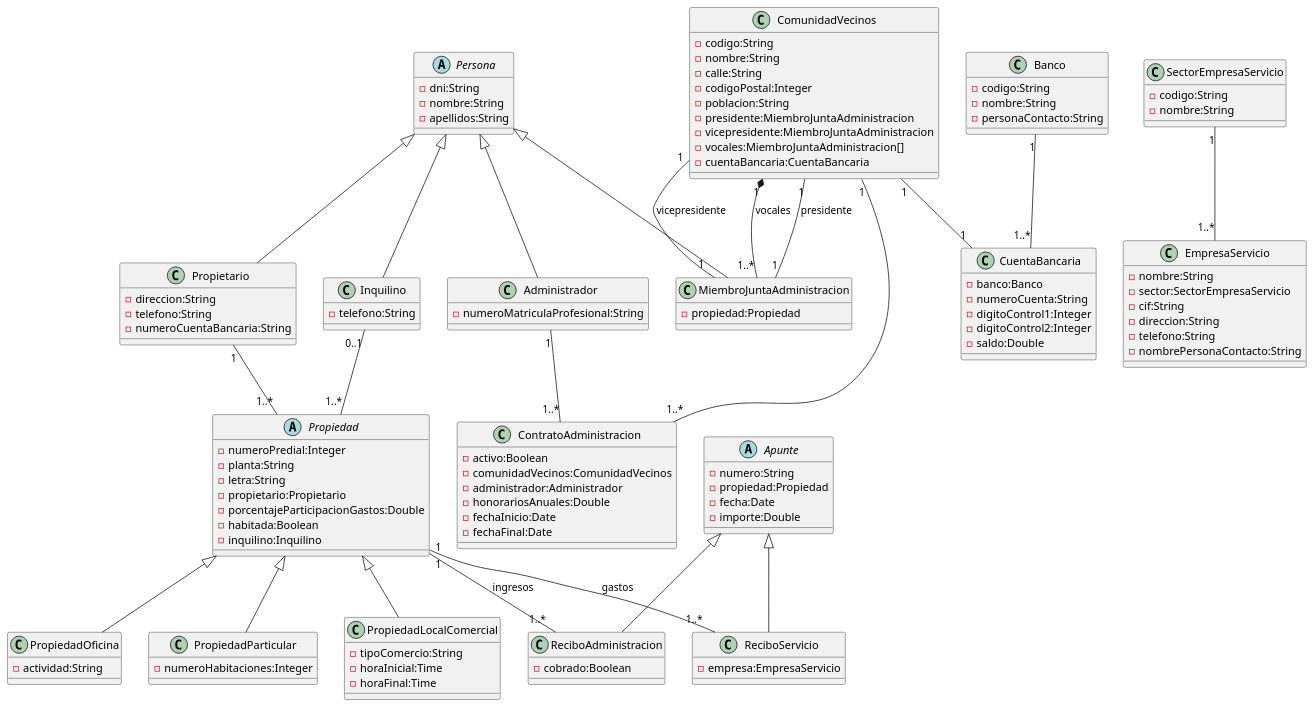
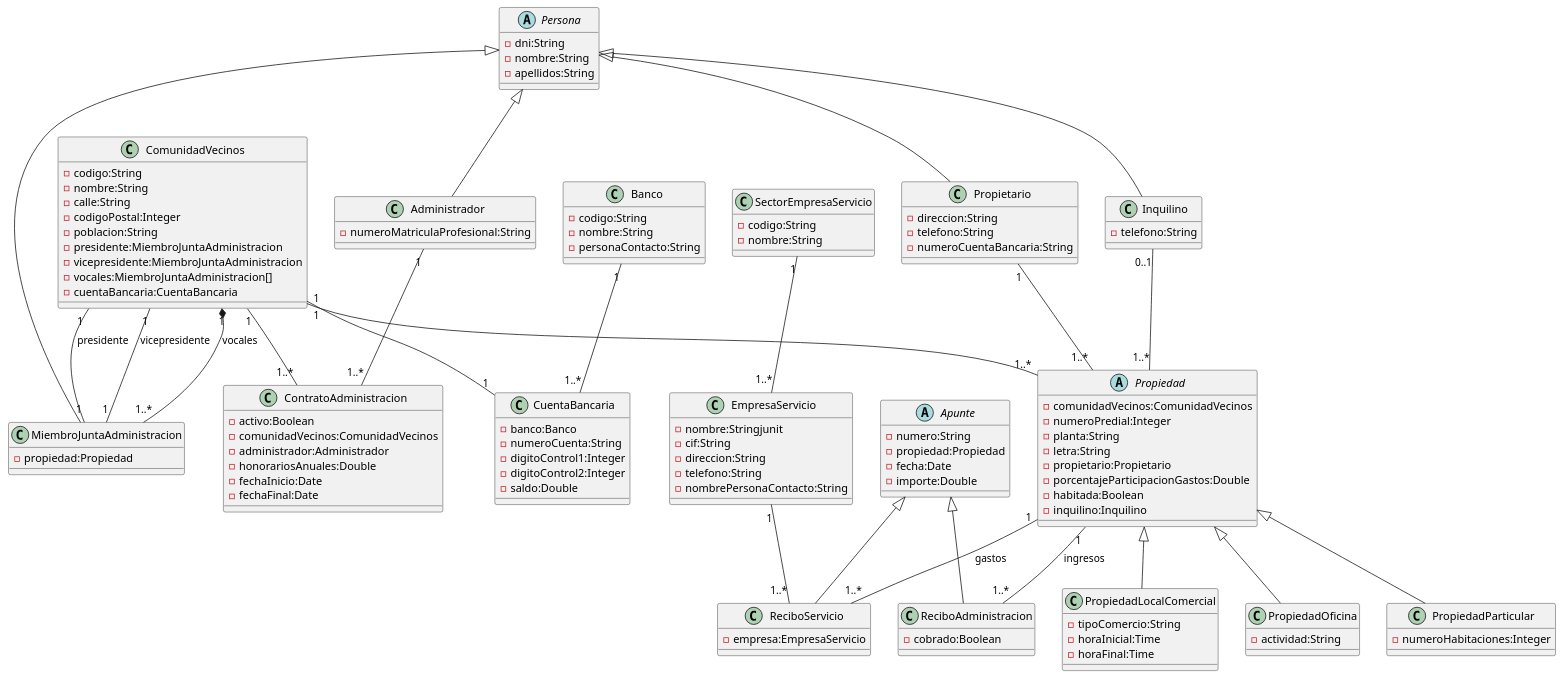
The diagram in uan-spec-engsw-quality-workshop-01-poo.puml (jorgealfonsogarcia/uan-spec-engsw-quality-workshop-01-poo), drawn with PlantUML before and after one commit.

Commit message:
Ajustes en Propiedad y ReciboServicio.

```diff
--- a/uan-spec-engsw-quality-workshop-01-poo.puml
+++ b/uan-spec-engsw-quality-workshop-01-poo.puml
@@ -1,161 +1,165 @@
 @startuml uan-spec-engsw-quality-workshop-01-poo
 
 ' --- CLASES ---
 
 abstract class Persona {
     -dni:String
     -nombre:String
     -apellidos:String
 }
 
 class Administrador {
     -numeroMatriculaProfesional:String
 }
 
 class Propietario {
     -direccion:String
     -telefono:String
     -numeroCuentaBancaria:String
 }
 
 class Inquilino {
     -telefono:String
 }
 
 class MiembroJuntaAdministracion {
     -propiedad:Propiedad
 }
 
 class ComunidadVecinos {
     -codigo:String
     -nombre:String
     -calle:String
     -codigoPostal:Integer
     -poblacion:String
     -presidente:MiembroJuntaAdministracion
     -vicepresidente:MiembroJuntaAdministracion
     -vocales:MiembroJuntaAdministracion[]
     -cuentaBancaria:CuentaBancaria
 }
 
 class ContratoAdministracion {
     -activo:Boolean
     -comunidadVecinos:ComunidadVecinos
     -administrador:Administrador
     -honorariosAnuales:Double
     -fechaInicio:Date
     -fechaFinal:Date
 }
 
 class SectorEmpresaServicio {
     -codigo:String
     -nombre:String
 }
 
 class EmpresaServicio {
-    -nombre:String
-    -sector:SectorEmpresaServicio
+    -nombre:Stringjunit
     -cif:String
     -direccion:String
     -telefono:String
     -nombrePersonaContacto:String
 }
 
 abstract class Propiedad {
+    -comunidadVecinos:ComunidadVecinos
     -numeroPredial:Integer
     -planta:String
     -letra:String
     -propietario:Propietario
     -porcentajeParticipacionGastos:Double
     -habitada:Boolean
     -inquilino:Inquilino
 }
 
 class PropiedadParticular {
     -numeroHabitaciones:Integer
 }
 
 class PropiedadLocalComercial {
     -tipoComercio:String
     -horaInicial:Time
     -horaFinal:Time
 }
 
 class PropiedadOficina {
     -actividad:String
 }
 
 class Banco {
     -codigo:String
     -nombre:String
     -personaContacto:String
 }
 
 class CuentaBancaria {
     -banco:Banco
     -numeroCuenta:String
     -digitoControl1:Integer
     -digitoControl2:Integer
     -saldo:Double
 }
 
 abstract class Apunte {
     -numero:String
     -propiedad:Propiedad
     -fecha:Date
     -importe:Double
 }
 
 class ReciboAdministracion {
     -cobrado:Boolean
 }
 
 class ReciboServicio {
     -empresa:EmpresaServicio
 }
 
 ' --- MULTIPLICIDAD Y ASOCIACIONES ---
 
 Persona <|-- Administrador
 
 Persona <|-- Propietario
 
 Persona <|-- Inquilino
 
 Persona <|-- MiembroJuntaAdministracion
 
 ComunidadVecinos "1" -- "1..*" ContratoAdministracion
 
 Administrador "1" -- "1..*" ContratoAdministracion
 
 SectorEmpresaServicio "1" -- "1..*" EmpresaServicio
 
 Propietario "1" -- "1..*" Propiedad
 
 Inquilino "0..1" -- "1..*" Propiedad
 
 Propiedad <|-- PropiedadParticular
 
 Propiedad <|-- PropiedadLocalComercial
 
 Propiedad <|-- PropiedadOficina
 
 ComunidadVecinos "1" -- "1" MiembroJuntaAdministracion : presidente
 
 ComunidadVecinos "1" -- "1" MiembroJuntaAdministracion : vicepresidente
 
 ComunidadVecinos "1" *-- "1..*" MiembroJuntaAdministracion : vocales
 
+ComunidadVecinos "1" -- "1..*" Propiedad
+
 Banco "1" -- "1..*" CuentaBancaria
 
 ComunidadVecinos "1" -- "1" CuentaBancaria
 
 Propiedad "1" -- "1..*" ReciboAdministracion : ingresos
 
 Propiedad "1" -- "1..*" ReciboServicio : gastos
 
 Apunte <|-- ReciboAdministracion
 
 Apunte <|-- ReciboServicio
 
+EmpresaServicio "1" -- "1..*" ReciboServicio
+
 @enduml
```
